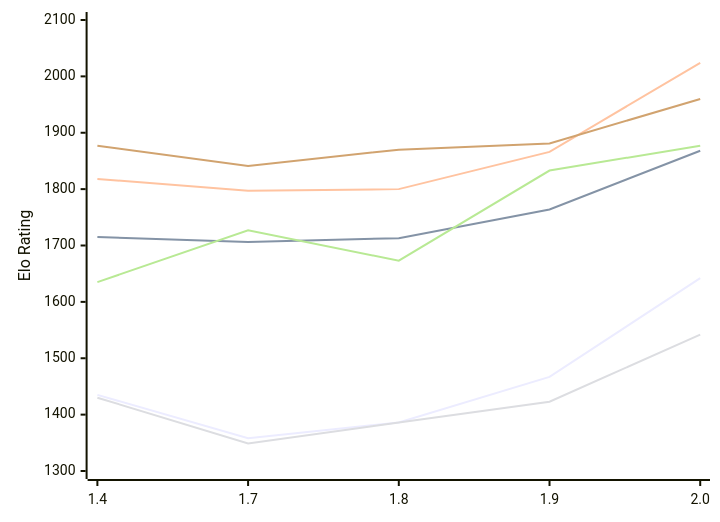
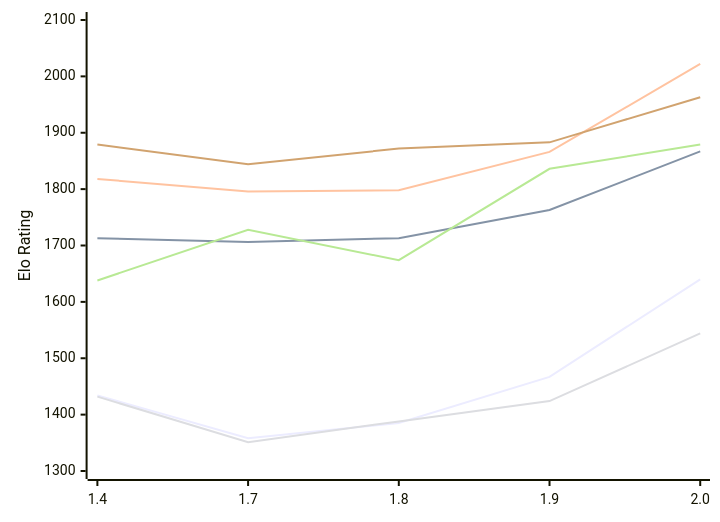
Before and after one commit to computer-chess-index/cci: the diagram in engines/Russell.md, drawn with Mermaid. The commit also changed other lines of this file, not shown here.

Commit message:
Update CCI Ratings (ELO VLTC) - 2026-11-23

````diff
--- a/engines/Russell.md
+++ b/engines/Russell.md
@@ -55,12 +55,12 @@
 ```mermaid
 %%{init: {"theme":"base","themeVariables":{"seriesColors:['#a3a3a3','#222221','#faa371']}}}%%
 xychart-beta
   x-axis ["1.4", "1.7", "1.8", "1.9", "2.0"]
   y-axis "Elo Rating" 1300 --> 2100
-  line "E1: STC (8.0+0.08s)" [1435, 1358, 1386, 1467, 1642]
-  line "E1: LTC (60.0+0.60s)" [1715, 1706, 1713, 1764, 1868]
-  line "E1: VLTC (2m24s+1.12s)" [1818, 1797, 1800, 1866, 2024]
-  line "P1: STC (8.0+0.08s)" [1430, 1349, 1386, 1423, 1542]
-  line "P1: LTC (60.0+0.60s)" [1635, 1727, 1673, 1833, 1877]
-  line "P1: VLTC (2m24s+1.12s)" [1877, 1841, 1870, 1881, 1960]
+  line "E1: STC (8.0+0.08s)" [1434, 1358, 1385, 1467, 1640]
+  line "E1: LTC (60.0+0.60s)" [1713, 1706, 1713, 1763, 1867]
+  line "E1: VLTC (2m24s+1.12s)" [1818, 1796, 1798, 1866, 2022]
+  line "P1: STC (8.0+0.08s)" [1432, 1351, 1388, 1424, 1544]
+  line "P1: LTC (60.0+0.60s)" [1638, 1728, 1674, 1836, 1879]
+  line "P1: VLTC (2m24s+1.12s)" [1879, 1844, 1872, 1883, 1963]
 ```
````
